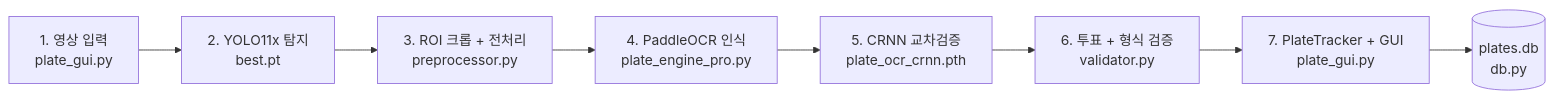
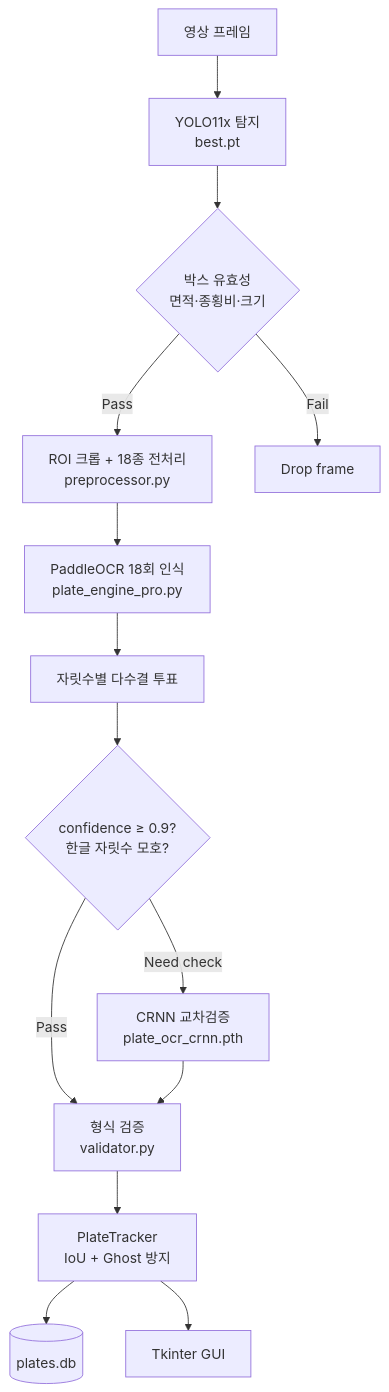
Before and after one commit to rhlfur2055-prog/yolo11: the first of 2 diagrams in README.md, drawn with Mermaid. The commit also changed other lines of this file, not shown here.

First line of the commit message:
docs(readme): Hybrid 분기 다이어그램 + Golden_Time 협업 맥락 + 가독성 정리

````diff
--- a/README.md
+++ b/README.md
@@ -34,10 +44,16 @@
 ```mermaid
-flowchart LR
-    A[1. 영상 입력<br/>plate_gui.py] --> B[2. YOLO11x 탐지<br/>best.pt]
-    B --> C[3. ROI 크롭 + 전처리<br/>preprocessor.py]
-    C --> D[4. PaddleOCR 인식<br/>plate_engine_pro.py]
-    D --> E[5. CRNN 교차검증<br/>plate_ocr_crnn.pth]
-    E --> F[6. 투표 + 형식 검증<br/>validator.py]
-    F --> G[7. PlateTracker + GUI<br/>plate_gui.py]
-    G --> H[(plates.db<br/>db.py)]
+flowchart TB
+    A[영상 프레임] --> B[YOLO11x 탐지<br/>best.pt]
+    B --> C{박스 유효성<br/>면적·종횡비·크기}
+    C -->|Pass| D[ROI 크롭 + 18종 전처리<br/>preprocessor.py]
+    C -->|Fail| X[Drop frame]
+    D --> E[PaddleOCR 18회 인식<br/>plate_engine_pro.py]
+    E --> F[자릿수별 다수결 투표]
+    F --> G{confidence ≥ 0.9?<br/>한글 자릿수 모호?}
+    G -->|Pass| J[형식 검증<br/>validator.py]
+    G -->|Need check| H[CRNN 교차검증<br/>plate_ocr_crnn.pth]
+    H --> J
+    J --> K[PlateTracker<br/>IoU + Ghost 방지]
+    K --> L[(plates.db)]
+    K --> M[Tkinter GUI]
 ```
````
